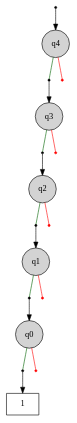
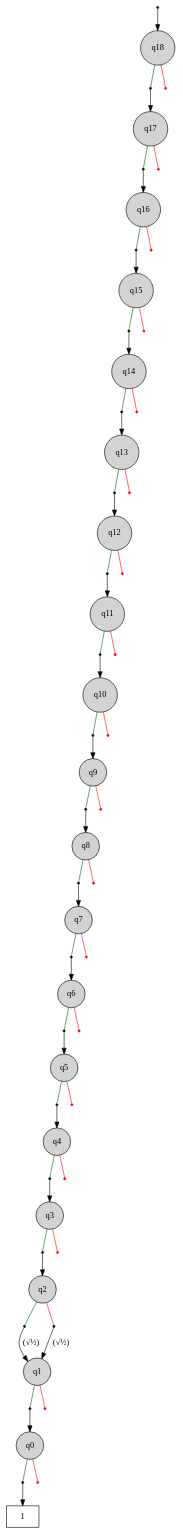
One commit to cda-tum/mqt-ddvis changed the diagram in data/1.dot. Above: the diagram before and after it, drawn with Graphviz. The commit also changed 2 other files, not shown here.

```diff
--- a/data/1.dot
+++ b/data/1.dot
@@ -1,44 +1,143 @@
 digraph "DD" {
 graph [center=true, ordering=out];
 node [shape=circle, center=true];
 "T" [ shape = box, label="1" ];
 "R" [label="", shape=point];
-"0" [ label="q4" ,style=filled, fillcolor=lightgray ];
+"0" [ label="q18" ,style=filled, fillcolor=lightgray ];
 "0h0"  [label="", shape=point];
 "0h2"  [label="", shape=point , fillcolor=red, color=red];
-"1" [ label="q3" ,style=filled, fillcolor=lightgray ];
+"1" [ label="q17" ,style=filled, fillcolor=lightgray ];
 "1h0"  [label="", shape=point];
 "1h2"  [label="", shape=point , fillcolor=red, color=red];
-"2" [ label="q2" ,style=filled, fillcolor=lightgray ];
+"2" [ label="q16" ,style=filled, fillcolor=lightgray ];
 "2h0"  [label="", shape=point];
 "2h2"  [label="", shape=point , fillcolor=red, color=red];
-"3" [ label="q1" ,style=filled, fillcolor=lightgray ];
+"3" [ label="q15" ,style=filled, fillcolor=lightgray ];
 "3h0"  [label="", shape=point];
 "3h2"  [label="", shape=point , fillcolor=red, color=red];
-"4" [ label="q0" ,style=filled, fillcolor=lightgray ];
-"4h0"  [label="", shape=point ];
+"4" [ label="q14" ,style=filled, fillcolor=lightgray ];
+"4h0"  [label="", shape=point];
 "4h2"  [label="", shape=point , fillcolor=red, color=red];
+"5" [ label="q13" ,style=filled, fillcolor=lightgray ];
+"5h0"  [label="", shape=point];
+"5h2"  [label="", shape=point , fillcolor=red, color=red];
+"6" [ label="q12" ,style=filled, fillcolor=lightgray ];
+"6h0"  [label="", shape=point];
+"6h2"  [label="", shape=point , fillcolor=red, color=red];
+"7" [ label="q11" ,style=filled, fillcolor=lightgray ];
+"7h0"  [label="", shape=point];
+"7h2"  [label="", shape=point , fillcolor=red, color=red];
+"8" [ label="q10" ,style=filled, fillcolor=lightgray ];
+"8h0"  [label="", shape=point];
+"8h2"  [label="", shape=point , fillcolor=red, color=red];
+"9" [ label="q9" ,style=filled, fillcolor=lightgray ];
+"9h0"  [label="", shape=point];
+"9h2"  [label="", shape=point , fillcolor=red, color=red];
+"10" [ label="q8" ,style=filled, fillcolor=lightgray ];
+"10h0"  [label="", shape=point];
+"10h2"  [label="", shape=point , fillcolor=red, color=red];
+"11" [ label="q7" ,style=filled, fillcolor=lightgray ];
+"11h0"  [label="", shape=point];
+"11h2"  [label="", shape=point , fillcolor=red, color=red];
+"12" [ label="q6" ,style=filled, fillcolor=lightgray ];
+"12h0"  [label="", shape=point];
+"12h2"  [label="", shape=point , fillcolor=red, color=red];
+"13" [ label="q5" ,style=filled, fillcolor=lightgray ];
+"13h0"  [label="", shape=point];
+"13h2"  [label="", shape=point , fillcolor=red, color=red];
+"14" [ label="q4" ,style=filled, fillcolor=lightgray ];
+"14h0"  [label="", shape=point];
+"14h2"  [label="", shape=point , fillcolor=red, color=red];
+"15" [ label="q3" ,style=filled, fillcolor=lightgray ];
+"15h0"  [label="", shape=point];
+"15h2"  [label="", shape=point , fillcolor=red, color=red];
+"16" [ label="q2" ,style=filled, fillcolor=lightgray ];
+"16h0"  [label="", shape=point];
+"16h2"  [label="", shape=point];
+"17" [ label="q1" ,style=filled, fillcolor=lightgray ];
+"17h0"  [label="", shape=point];
+"17h2"  [label="", shape=point , fillcolor=red, color=red];
+"18" [ label="q0" ,style=filled, fillcolor=lightgray ];
+"18h0"  [label="", shape=point ];
+"18h2"  [label="", shape=point , fillcolor=red, color=red];
 
 "R" -> "0"
 {rank=same; "0h0" "0h2"}
 "0" -> "0h0" [arrowhead=none,color=darkgreen];
 "0h0" -> "1";
 "0" -> "0h2" [arrowhead=none,color=red];
 {rank=same; "1h0" "1h2"}
 "1" -> "1h0" [arrowhead=none,color=darkgreen];
 "1h0" -> "2";
 "1" -> "1h2" [arrowhead=none,color=red];
 {rank=same; "2h0" "2h2"}
 "2" -> "2h0" [arrowhead=none,color=darkgreen];
 "2h0" -> "3";
 "2" -> "2h2" [arrowhead=none,color=red];
 {rank=same; "3h0" "3h2"}
 "3" -> "3h0" [arrowhead=none,color=darkgreen];
 "3h0" -> "4";
 "3" -> "3h2" [arrowhead=none,color=red];
 {rank=same; "4h0" "4h2"}
 "4" -> "4h0" [arrowhead=none,color=darkgreen];
-"4h0"-> "T";
+"4h0" -> "5";
 "4" -> "4h2" [arrowhead=none,color=red];
+{rank=same; "5h0" "5h2"}
+"5" -> "5h0" [arrowhead=none,color=darkgreen];
+"5h0" -> "6";
+"5" -> "5h2" [arrowhead=none,color=red];
+{rank=same; "6h0" "6h2"}
+"6" -> "6h0" [arrowhead=none,color=darkgreen];
+"6h0" -> "7";
+"6" -> "6h2" [arrowhead=none,color=red];
+{rank=same; "7h0" "7h2"}
+"7" -> "7h0" [arrowhead=none,color=darkgreen];
+"7h0" -> "8";
+"7" -> "7h2" [arrowhead=none,color=red];
+{rank=same; "8h0" "8h2"}
+"8" -> "8h0" [arrowhead=none,color=darkgreen];
+"8h0" -> "9";
+"8" -> "8h2" [arrowhead=none,color=red];
+{rank=same; "9h0" "9h2"}
+"9" -> "9h0" [arrowhead=none,color=darkgreen];
+"9h0" -> "10";
+"9" -> "9h2" [arrowhead=none,color=red];
+{rank=same; "10h0" "10h2"}
+"10" -> "10h0" [arrowhead=none,color=darkgreen];
+"10h0" -> "11";
+"10" -> "10h2" [arrowhead=none,color=red];
+{rank=same; "11h0" "11h2"}
+"11" -> "11h0" [arrowhead=none,color=darkgreen];
+"11h0" -> "12";
+"11" -> "11h2" [arrowhead=none,color=red];
+{rank=same; "12h0" "12h2"}
+"12" -> "12h0" [arrowhead=none,color=darkgreen];
+"12h0" -> "13";
+"12" -> "12h2" [arrowhead=none,color=red];
+{rank=same; "13h0" "13h2"}
+"13" -> "13h0" [arrowhead=none,color=darkgreen];
+"13h0" -> "14";
+"13" -> "13h2" [arrowhead=none,color=red];
+{rank=same; "14h0" "14h2"}
+"14" -> "14h0" [arrowhead=none,color=darkgreen];
+"14h0" -> "15";
+"14" -> "14h2" [arrowhead=none,color=red];
+{rank=same; "15h0" "15h2"}
+"15" -> "15h0" [arrowhead=none,color=darkgreen];
+"15h0" -> "16";
+"15" -> "15h2" [arrowhead=none,color=red];
+{rank=same; "16h0" "16h2"}
+"16" -> "16h0" [arrowhead=none,color=darkgreen];
+"16h0" -> "17" [label=" (√½)" ];
+"16" -> "16h2" [arrowhead=none,color=red];
+"16h2" -> "17" [label=" (√½)" ];
+{rank=same; "17h0" "17h2"}
+"17" -> "17h0" [arrowhead=none,color=darkgreen];
+"17h0" -> "18";
+"17" -> "17h2" [arrowhead=none,color=red];
+{rank=same; "18h0" "18h2"}
+"18" -> "18h0" [arrowhead=none,color=darkgreen];
+"18h0"-> "T";
+"18" -> "18h2" [arrowhead=none,color=red];
 
 }
```
